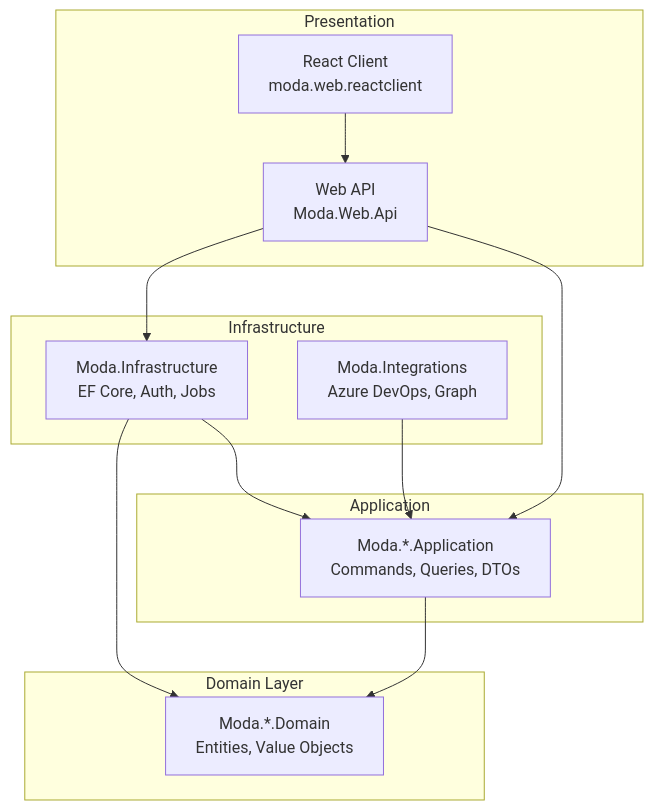
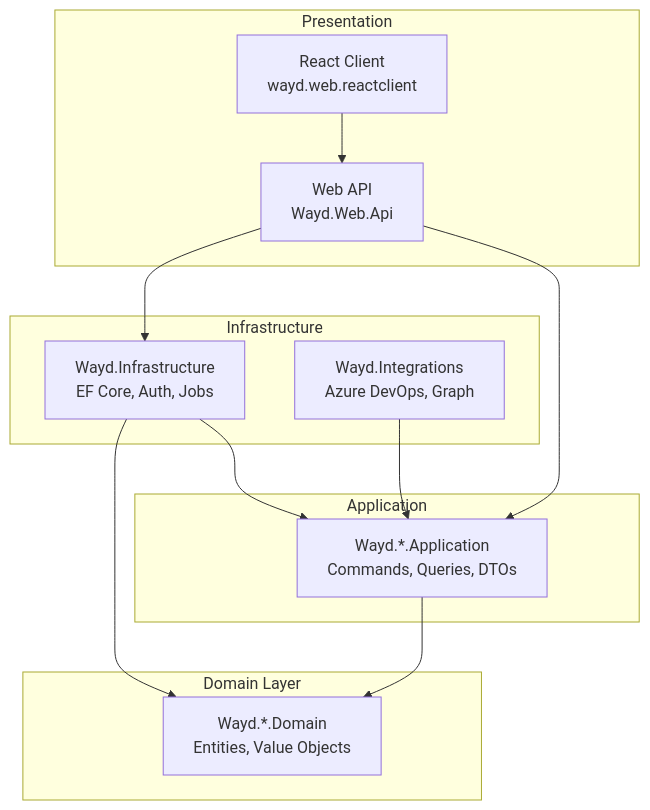
The diagram in docs/contributing/architecture.mdx (destacey/Moda), drawn with Mermaid before and after one commit. The commit also changed other lines of this file and 58 other files, not shown here.

First line of the commit message:
Phase 10: rename Moda -> Wayd across docs, URLs, and Docusaurus config

````diff
--- a/docs/contributing/architecture.mdx
+++ b/docs/contributing/architecture.mdx
@@ -14,25 +14,25 @@
 ```mermaid
 graph TB
     subgraph "Presentation"
-        API["Web API<br/>Moda.Web.Api"]
-        Client["React Client<br/>moda.web.reactclient"]
+        API["Web API<br/>Wayd.Web.Api"]
+        Client["React Client<br/>wayd.web.reactclient"]
     end
     subgraph "Infrastructure"
-        Infra["Moda.Infrastructure<br/>EF Core, Auth, Jobs"]
-        Integrations["Moda.Integrations<br/>Azure DevOps, Graph"]
+        Infra["Wayd.Infrastructure<br/>EF Core, Auth, Jobs"]
+        Integrations["Wayd.Integrations<br/>Azure DevOps, Graph"]
     end
     subgraph "Application"
-        App["Moda.*.Application<br/>Commands, Queries, DTOs"]
+        App["Wayd.*.Application<br/>Commands, Queries, DTOs"]
     end
     subgraph "Domain Layer"
-        Dom["Moda.*.Domain<br/>Entities, Value Objects"]
+        Dom["Wayd.*.Domain<br/>Entities, Value Objects"]
     end
 
     API --> App
     API --> Infra
     Infra --> App
     Infra --> Dom
     App --> Dom
     Client --> API
     Integrations --> App
 ```
````
